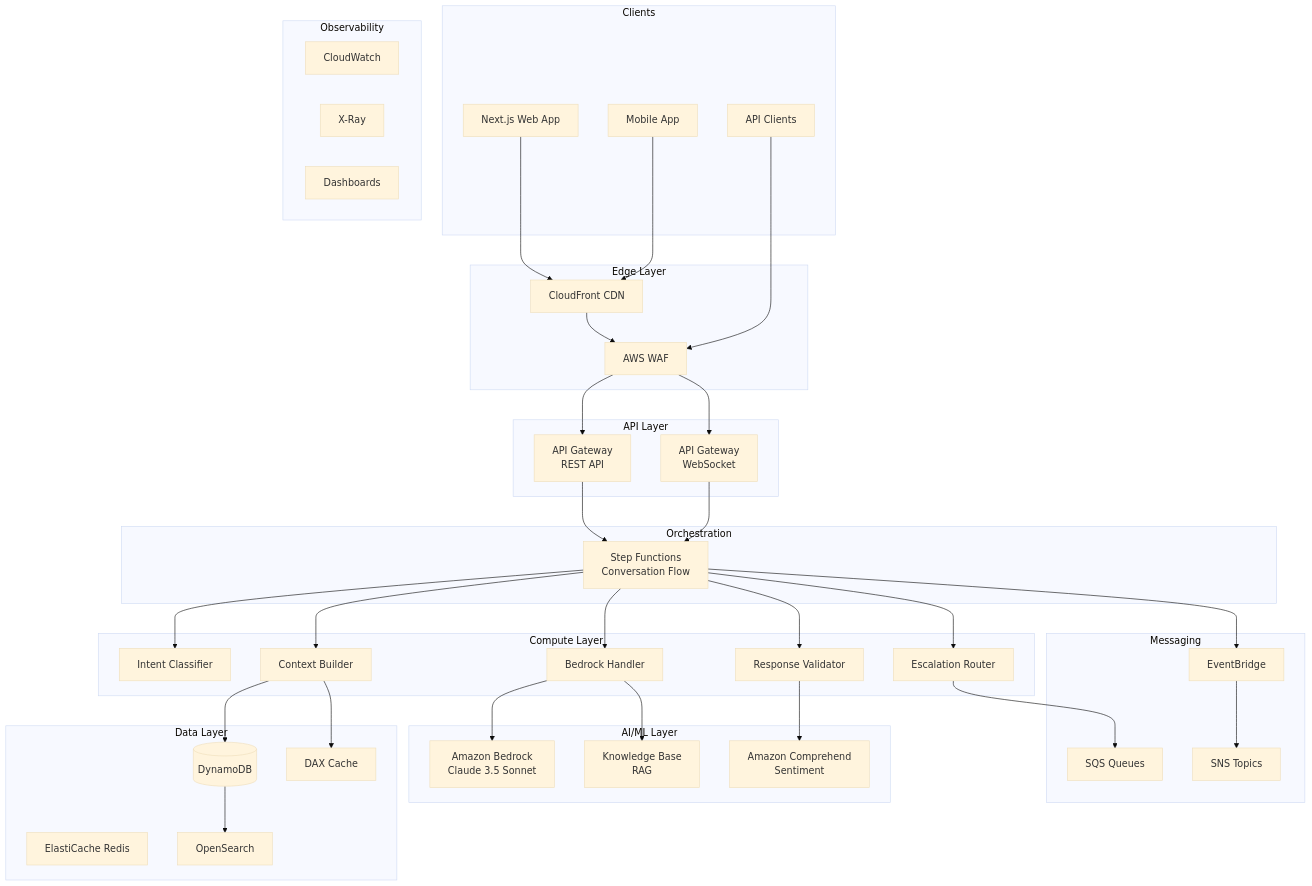
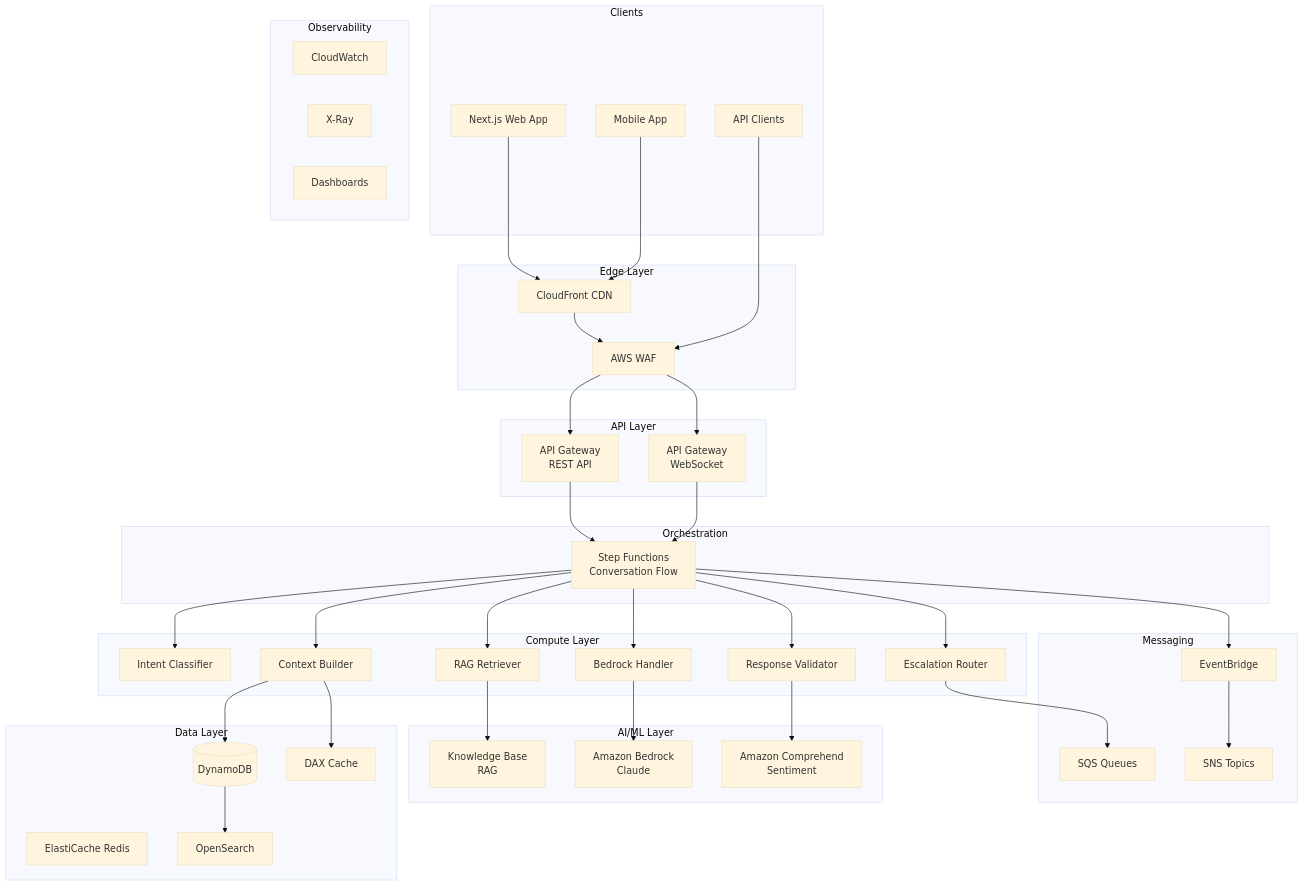
Before and after one commit to jujubear24/ai-customer-service-bot: the fifth of 9 diagrams in docs/architecture/system-design.md, drawn with Mermaid (base theme). The commit also changed other lines of this file, not shown here.

First line of the commit message:
docs(architecture): update system-design.md for Phase 2 completion

```diff
--- a/docs/architecture/system-design.md
+++ b/docs/architecture/system-design.md
@@ -136,13 +223,14 @@
     subgraph Compute Layer
         IC[Intent Classifier]
         CB[Context Builder]
+        RR[RAG Retriever]
         BH[Bedrock Handler]
         RV[Response Validator]
         ER[Escalation Router]
     end
 
     subgraph AI/ML Layer
-        BEDROCK[Amazon Bedrock<br/>Claude 3.5 Sonnet]
+        BEDROCK[Amazon Bedrock<br/>Claude]
         KB[Knowledge Base<br/>RAG]
         COMPREHEND[Amazon Comprehend<br/>Sentiment]
     end
@@ -178,14 +266,15 @@
 
     SF --> IC
     SF --> CB
+    SF --> RR
     SF --> BH
     SF --> RV
     SF --> ER
 
     CB --> DDB
     CB --> DAX
+    RR --> KB
     BH --> BEDROCK
-    BH --> KB
     RV --> COMPREHEND
     ER --> SQS
 
```
